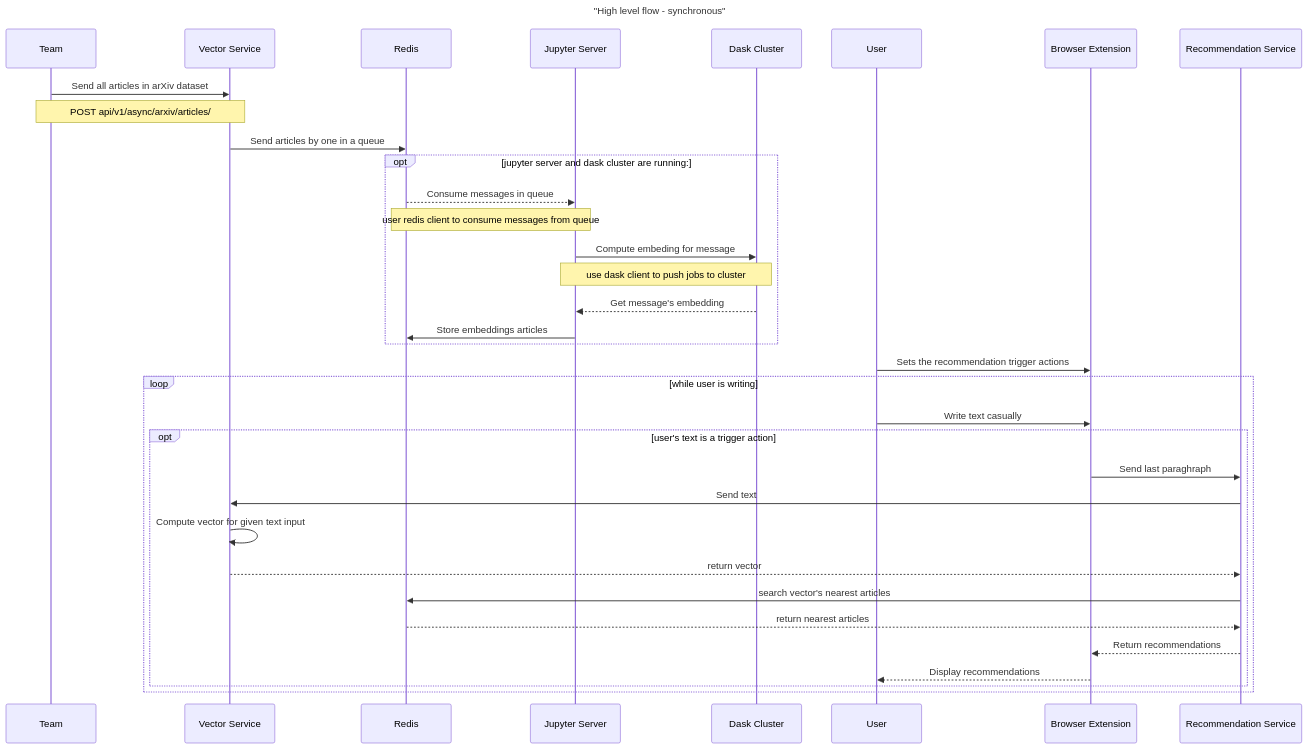
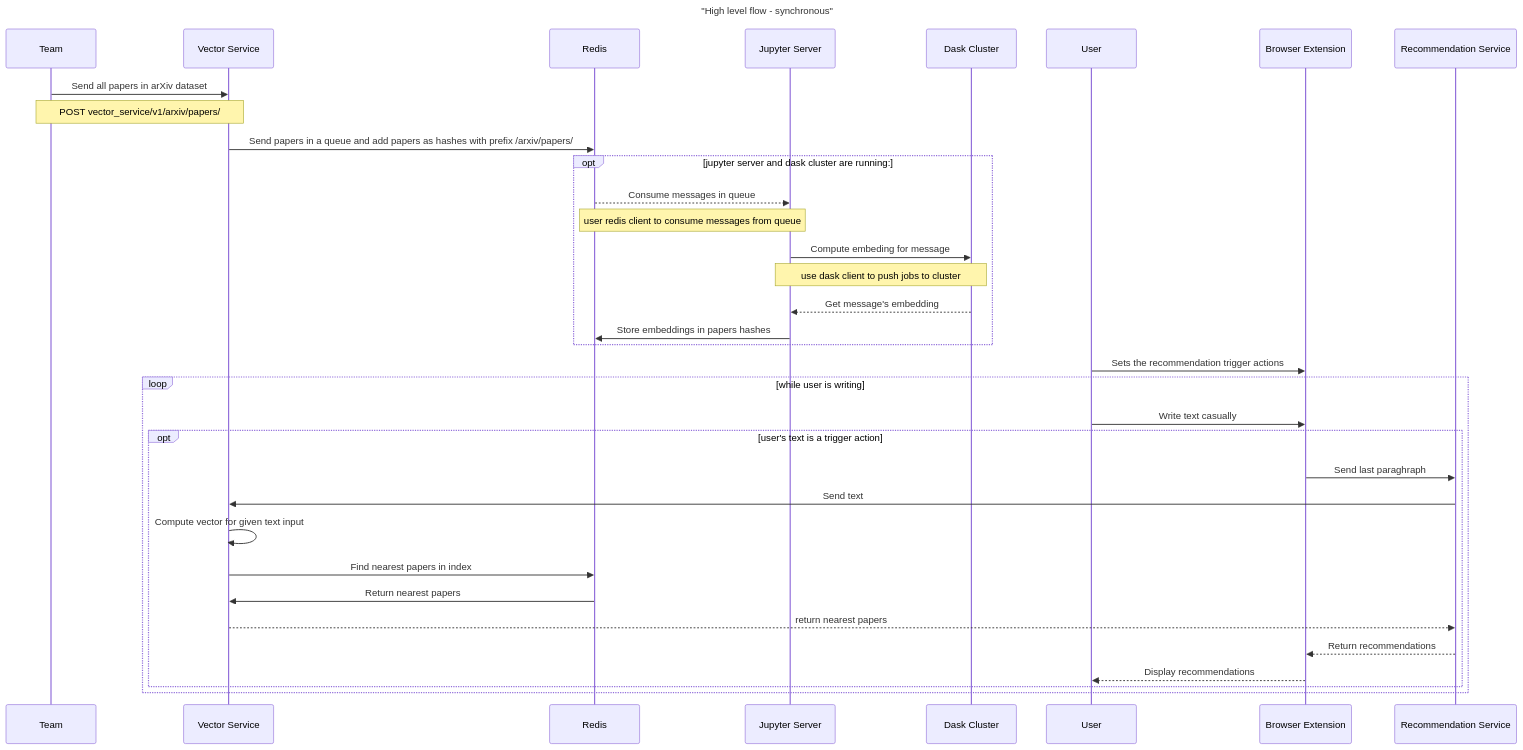
Before and after one commit to artefactory/redisventures-hackunamadata: the diagram in README.md, drawn with Mermaid. The commit also changed other lines of this file and 1 other file, not shown here.

Commit message:
feat/vector_service - update: update readme and remove search type for reco service

````diff
--- a/README.md
+++ b/README.md
@@ -5,33 +5,33 @@
 ```mermaid
 sequenceDiagram
     title "High level flow - synchronous"
 
-    Team ->> Vector Service: Send all articles in arXiv dataset
-    Note over Team, Vector Service: POST api/v1/async/arxiv/articles/
-    Vector Service ->> Redis: Send articles by one in a queue
+    Team ->> Vector Service: Send all papers in arXiv dataset
+    Note over Team, Vector Service: POST vector_service/v1/arxiv/papers/
+    Vector Service ->> Redis: Send papers in a queue and add papers as hashes with prefix /arxiv/papers/
 
     opt jupyter server and dask cluster are running:
         Redis -->> Jupyter Server: Consume messages in queue
         Note over Redis, Jupyter Server: user redis client to consume messages from queue
         Jupyter Server ->> Dask Cluster: Compute embeding for message
         Note over Jupyter Server, Dask Cluster: use dask client to push jobs to cluster
         Dask Cluster -->> Jupyter Server: Get message's embedding
-        Jupyter Server ->> Redis: Store embeddings articles
+        Jupyter Server ->> Redis: Store embeddings in papers hashes
     end
 
     User ->> Browser Extension: Sets the recommendation trigger actions
 
     loop while user is writing
         User ->> Browser Extension: Write text casually
         opt user's text is a trigger action
             Browser Extension ->> Recommendation Service: Send last paraghraph
             Recommendation Service ->> Vector Service: Send text
             Vector Service ->> Vector Service : Compute vector for given text input
-            Vector Service -->> Recommendation Service: return vector
-            Recommendation Service ->> Redis: search vector's nearest articles
-            Redis -->> Recommendation Service: return nearest articles
+            Vector Service ->> Redis : Find nearest papers in index
+            Redis ->> Vector Service: Return nearest papers
+            Vector Service -->> Recommendation Service: return nearest papers
             Recommendation Service -->> Browser Extension: Return recommendations
             Browser Extension -->> User: Display recommendations
         end
     end
 ```
````
